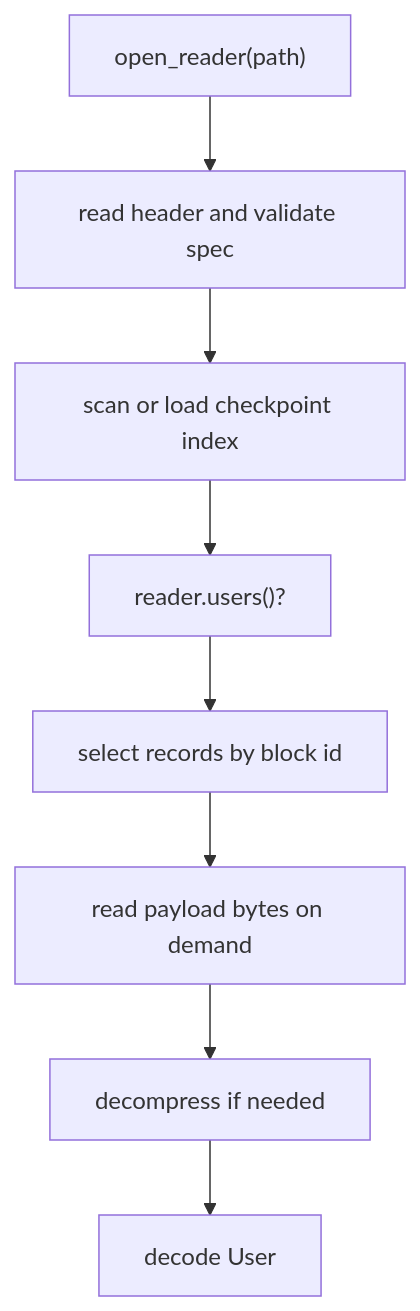
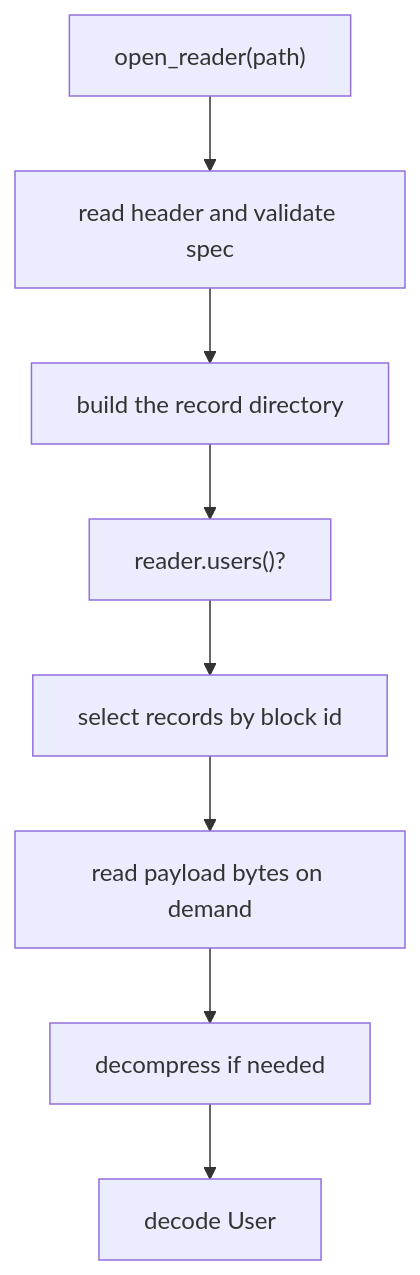
The fourth of 8 diagrams in docs/how-it-works.md (shim9610/varve), drawn with Mermaid before and after one commit. The commit also changed other lines of this file and 5 other files, not shown here.

````diff
--- a/docs/how-it-works.md
+++ b/docs/how-it-works.md
@@ -138,10 +138,10 @@
 ```mermaid
 flowchart TD
     A["open_reader(path)"] --> B["read header and validate spec"]
-    B --> C["scan or load checkpoint index"]
+    B --> C["build the record directory"]
     C --> D["reader.users()?"]
     D --> E["select records by block id"]
     E --> F["read payload bytes on demand"]
     F --> G["decompress if needed"]
     G --> H["decode User"]
 ```
````
